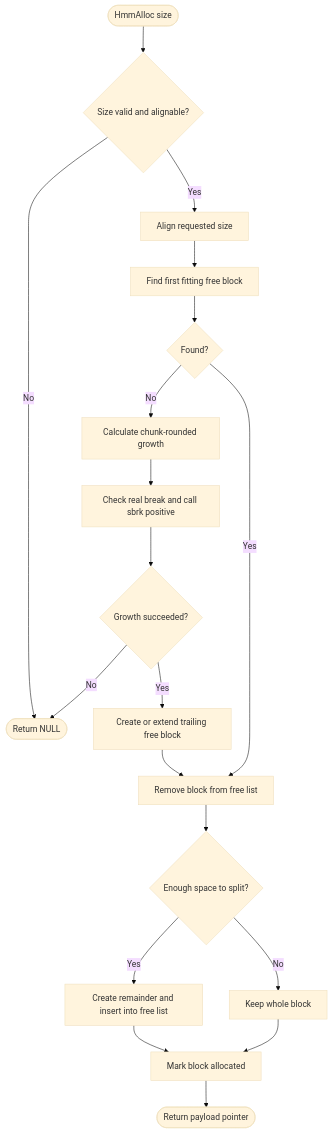
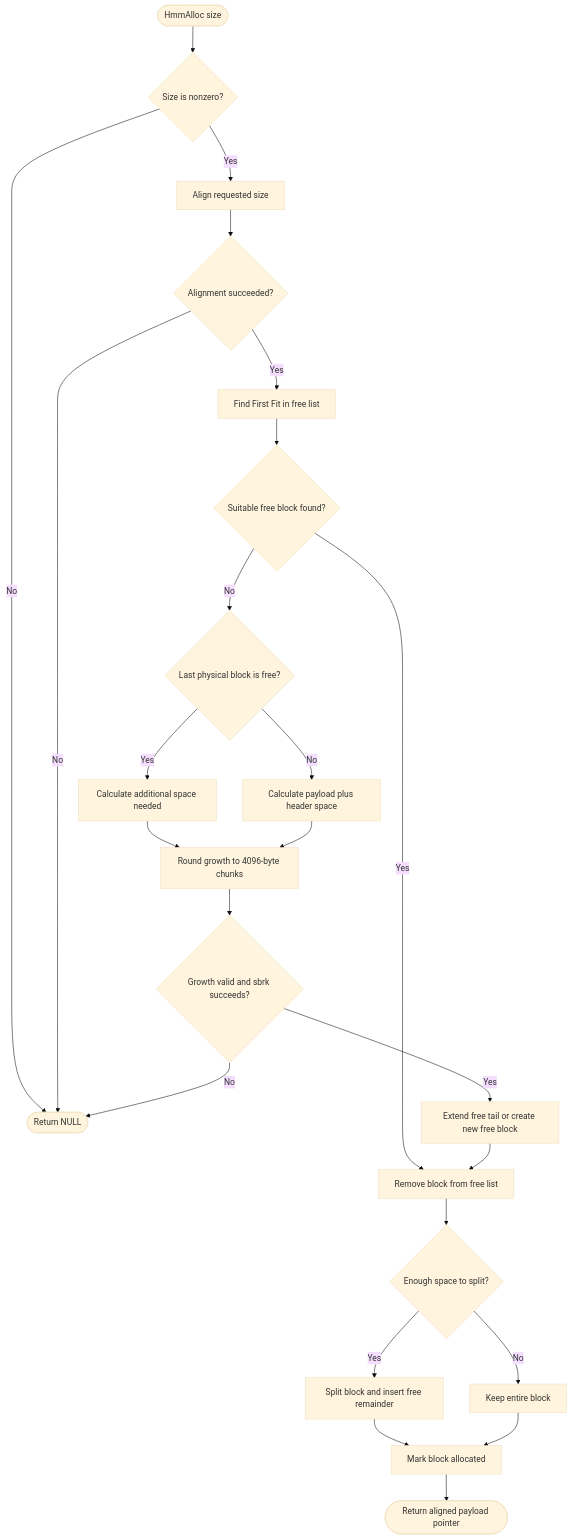
The first of 2 diagrams in FLOWCHARTS.md (adn-dodo/custom-HMM), drawn with Mermaid (base theme) before and after one commit. The commit also changed other lines of this file, not shown here.

Commit message:
HMM flowcharts

````diff
--- a/FLOWCHARTS.md
+++ b/FLOWCHARTS.md
@@ -5,21 +5,26 @@
 ```mermaid
 flowchart TD
-    A([HmmAlloc size]) --> B{Size valid and alignable?}
-    B -- No --> X([Return NULL])
+    A([HmmAlloc size]) --> B{Size is nonzero?}
+    B -- No --> Z([Return NULL])
     B -- Yes --> C[Align requested size]
-    C --> D[Find first fitting free block]
-    D --> E{Found?}
-    E -- No --> F[Calculate chunk-rounded growth]
-    F --> G[Check real break and call sbrk positive]
-    G --> H{Growth succeeded?}
-    H -- No --> X
-    H -- Yes --> I[Create or extend trailing free block]
-    I --> J[Remove block from free list]
-    E -- Yes --> J
-    J --> K{Enough space to split?}
-    K -- Yes --> L[Create remainder and insert into free list]
-    K -- No --> M[Keep whole block]
-    L --> N[Mark block allocated]
-    M --> N
-    N --> O([Return payload pointer])
+    C --> D{Alignment succeeded?}
+    D -- No --> Z
+    D -- Yes --> E[Find First Fit in free list]
+    E --> F{Suitable free block found?}
+    F -- Yes --> M[Remove block from free list]
+    F -- No --> G{Last physical block is free?}
+    G -- Yes --> H[Calculate additional space needed]
+    G -- No --> I[Calculate payload plus header space]
+    H --> J[Round growth to 4096-byte chunks]
+    I --> J
+    J --> K{Growth valid and sbrk succeeds?}
+    K -- No --> Z
+    K -- Yes --> L[Extend free tail or create new free block]
+    L --> M
+    M --> N{Enough space to split?}
+    N -- Yes --> O[Split block and insert free remainder]
+    N -- No --> P[Keep entire block]
+    O --> Q[Mark block allocated]
+    P --> Q
+    Q --> R([Return aligned payload pointer])
 ```
````
